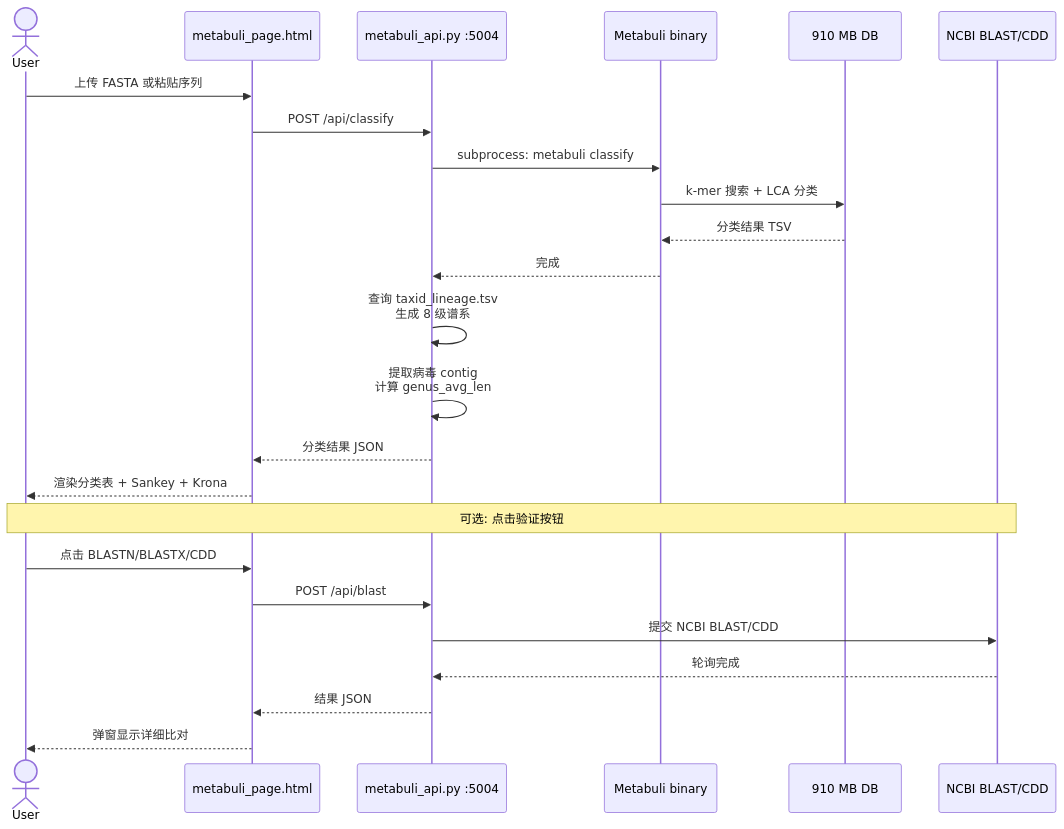
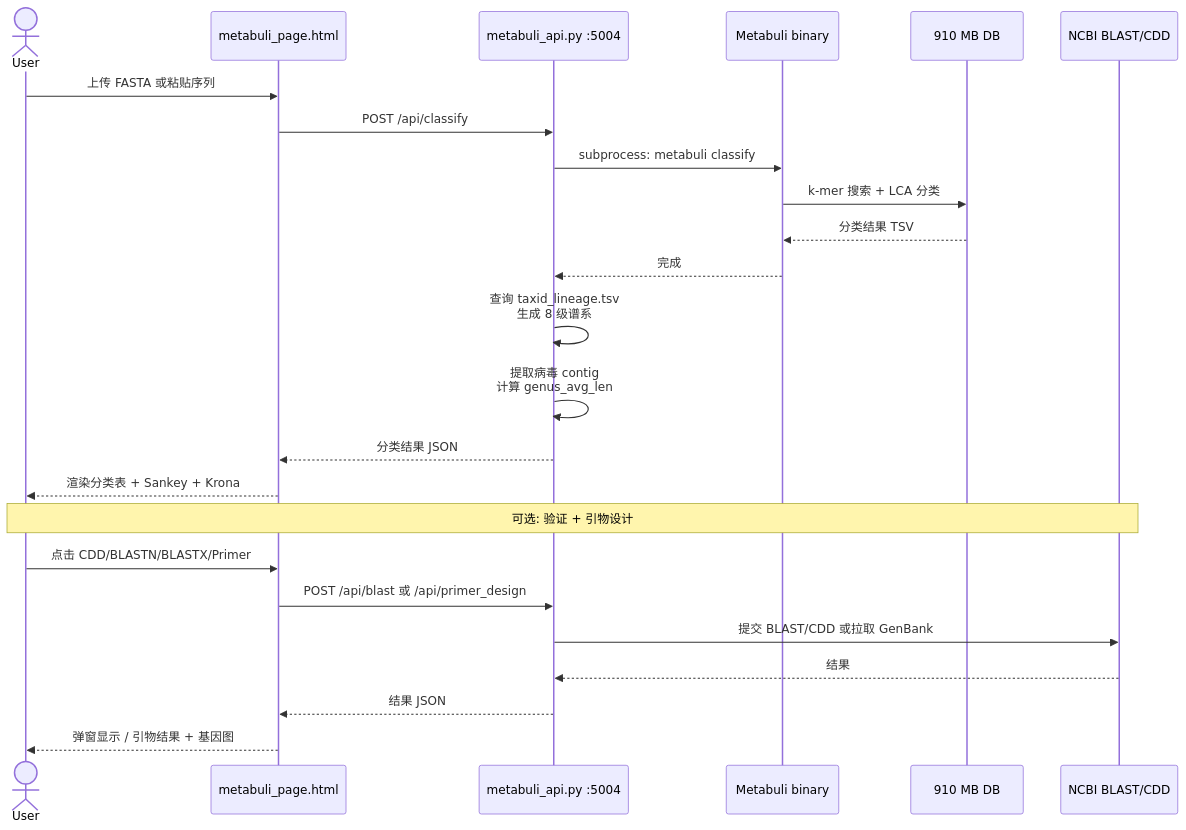
One commit to zhangwenda0518/plant_virus_db_pipeline changed the third of 3 diagrams in 9.metabuli/README.md. Above: the diagram before and after it, drawn with Mermaid. The commit also changed other lines of this file and 7 other files, not shown here.

````diff
--- a/9.metabuli/README.md
+++ b/9.metabuli/README.md
@@ -145,28 +119,28 @@
 ```mermaid
 sequenceDiagram
     actor User
     participant Web as metabuli_page.html
     participant API as metabuli_api.py :5004
     participant Meta as Metabuli binary
     participant DB as 910 MB DB
-    participant BLAST as NCBI BLAST/CDD
+    participant NCBI as NCBI BLAST/CDD
 
     User->>Web: 上传 FASTA 或粘贴序列
     Web->>API: POST /api/classify
     API->>Meta: subprocess: metabuli classify
     Meta->>DB: k-mer 搜索 + LCA 分类
     DB-->>Meta: 分类结果 TSV
     Meta-->>API: 完成
     API->>API: 查询 taxid_lineage.tsv<br/>生成 8 级谱系
     API->>API: 提取病毒 contig<br/>计算 genus_avg_len
     API-->>Web: 分类结果 JSON
     Web-->>User: 渲染分类表 + Sankey + Krona
 
-    Note over User,BLAST: 可选: 点击验证按钮
-    User->>Web: 点击 BLASTN/BLASTX/CDD
-    Web->>API: POST /api/blast
-    API->>BLAST: 提交 NCBI BLAST/CDD
-    BLAST-->>API: 轮询完成
+    Note over User,NCBI: 可选: 验证 + 引物设计
+    User->>Web: 点击 CDD/BLASTN/BLASTX/Primer
+    Web->>API: POST /api/blast 或 /api/primer_design
+    API->>NCBI: 提交 BLAST/CDD 或拉取 GenBank
+    NCBI-->>API: 结果
     API-->>Web: 结果 JSON
-    Web-->>User: 弹窗显示详细比对
+    Web-->>User: 弹窗显示 / 引物结果 + 基因图
 ```
````
